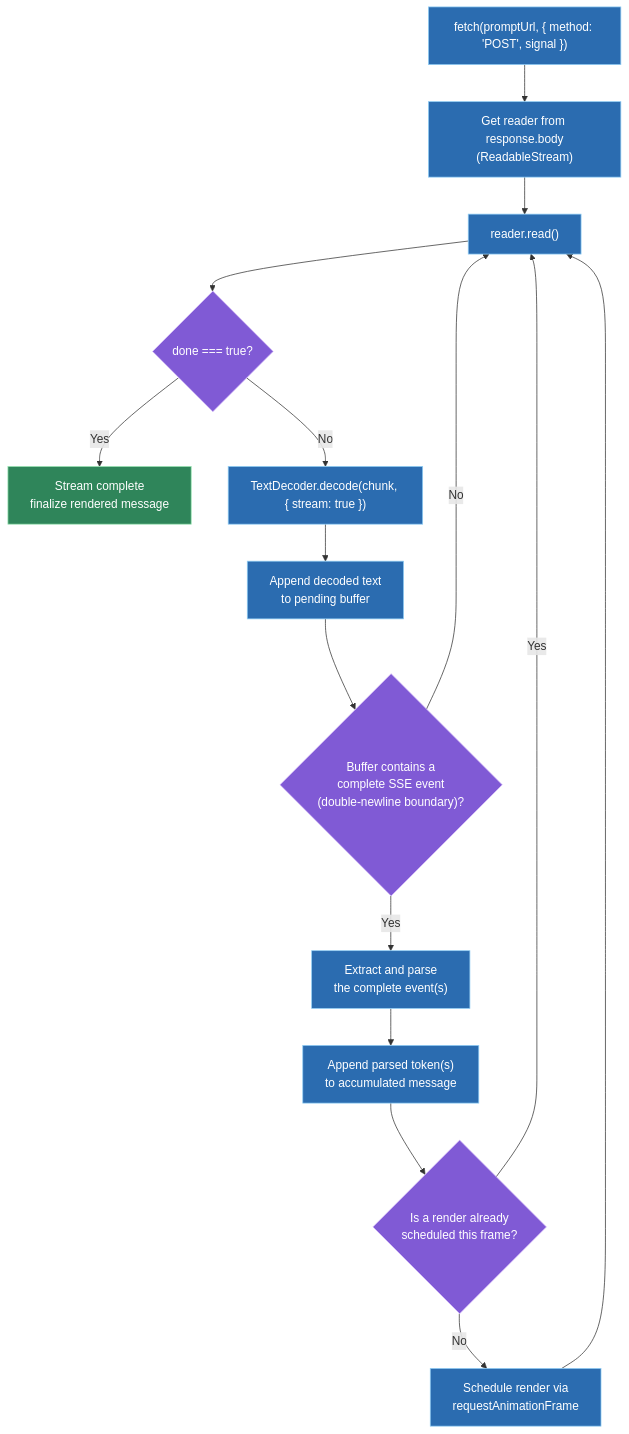
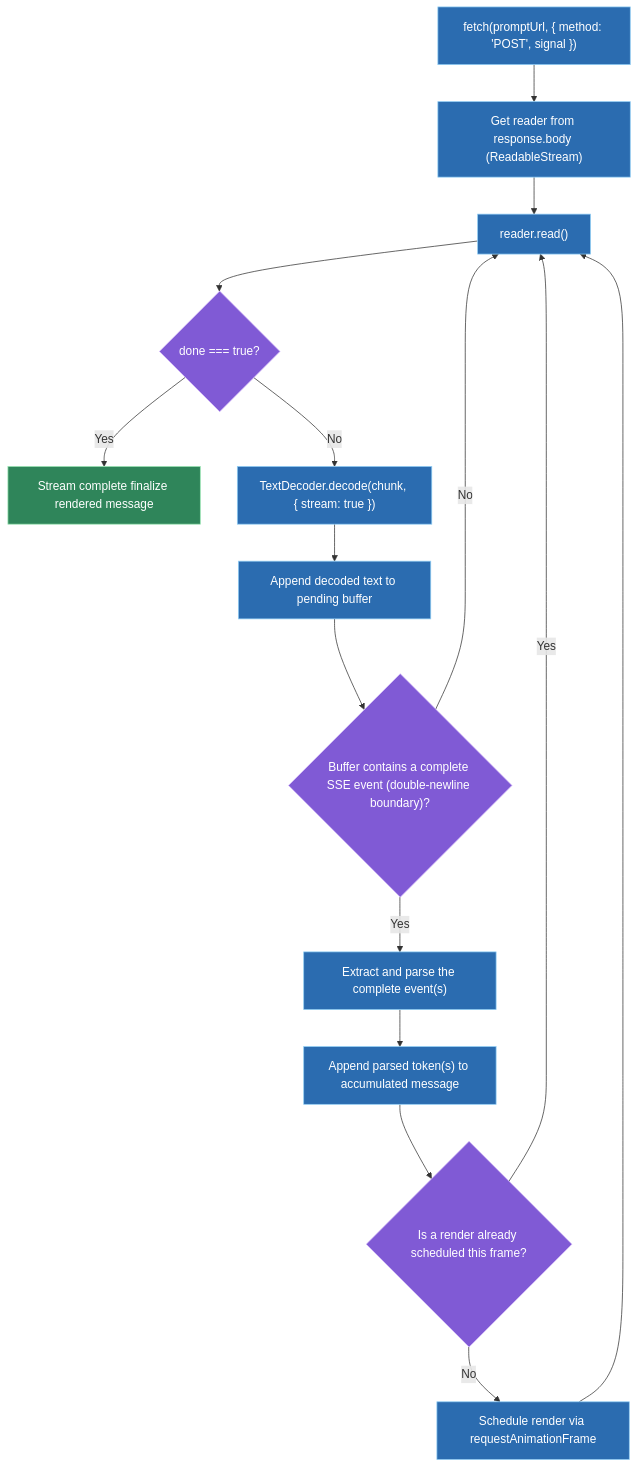
The first of 2 diagrams in data/topics/ai-integrated-ui-streaming.md (vinayakhumberi/litmus), drawn with Mermaid before and after one commit. The commit also changed 68 other files, not shown here.

````diff
--- a/data/topics/ai-integrated-ui-streaming.md
+++ b/data/topics/ai-integrated-ui-streaming.md
@@ -118,25 +118,25 @@
 ```mermaid
 graph TD
-    A["fetch(promptUrl, { method: 'POST', signal })"] --> B["Get reader from response.body<br>(ReadableStream)"]
+    A["fetch(promptUrl, { method: 'POST', signal })"] --> B["Get reader from response.body (ReadableStream)"]
     B --> C["reader.read()"]
     C --> D{"done === true?"}
-    D -- "Yes" --> E["Stream complete<br>finalize rendered message"]
+    D -- "Yes" --> E["Stream complete finalize rendered message"]
     D -- "No" --> F["TextDecoder.decode(chunk, { stream: true })"]
-    F --> G["Append decoded text<br>to pending buffer"]
-    G --> H{"Buffer contains a<br>complete SSE event<br>(double-newline boundary)?"}
+    F --> G["Append decoded text to pending buffer"]
+    G --> H{"Buffer contains a complete SSE event (double-newline boundary)?"}
     H -- "No" --> C
-    H -- "Yes" --> I["Extract and parse<br>the complete event(s)"]
-    I --> J["Append parsed token(s)<br>to accumulated message"]
-    J --> K{"Is a render already<br>scheduled this frame?"}
+    H -- "Yes" --> I["Extract and parse the complete event(s)"]
+    I --> J["Append parsed token(s) to accumulated message"]
+    J --> K{"Is a render already scheduled this frame?"}
     K -- "Yes" --> C
-    K -- "No" --> L["Schedule render via<br>requestAnimationFrame"]
+    K -- "No" --> L["Schedule render via requestAnimationFrame"]
     L --> C
 
     classDef decision fill:#805ad5,stroke:#d6bcfa,color:#fff
     classDef action fill:#2b6cb0,stroke:#90cdf4,color:#fff
     classDef done fill:#2f855a,stroke:#9ae6b4,color:#fff
 
     class D,H,K decision
     class A,B,C,F,G,I,J,L action
     class E done
 ```
````
